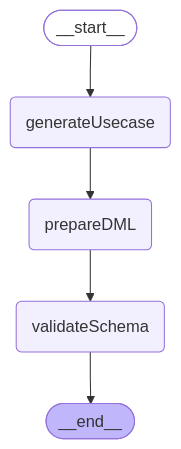
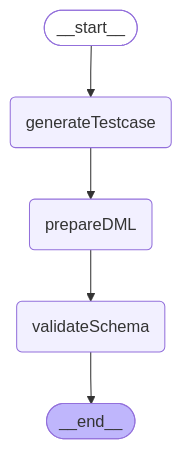
Before and after one commit to yzkee/liam: the fourth of 4 diagrams in frontend/internal-packages/agent/README.md, drawn with Mermaid. The commit also changed other lines of this file and 6 other files, not shown here.

````diff
--- a/frontend/internal-packages/agent/README.md
+++ b/frontend/internal-packages/agent/README.md
@@ -177,16 +177,16 @@
 ```mermaid
 %%{init: {'flowchart': {'curve': 'linear'}}}%%
 graph TD;
 	__start__([<p>__start__</p>]):::first
-	generateUsecase(generateUsecase)
+	generateTestcase(generateTestcase)
 	prepareDML(prepareDML)
 	validateSchema(validateSchema)
 	__end__([<p>__end__</p>]):::last
-	__start__ --> generateUsecase;
-	generateUsecase --> prepareDML;
+	__start__ --> generateTestcase;
+	generateTestcase --> prepareDML;
 	prepareDML --> validateSchema;
 	validateSchema --> __end__;
 	classDef default fill:#f2f0ff,line-height:1.2;
 	classDef first fill-opacity:0;
 	classDef last fill:#bfb6fc;
 ```
````
